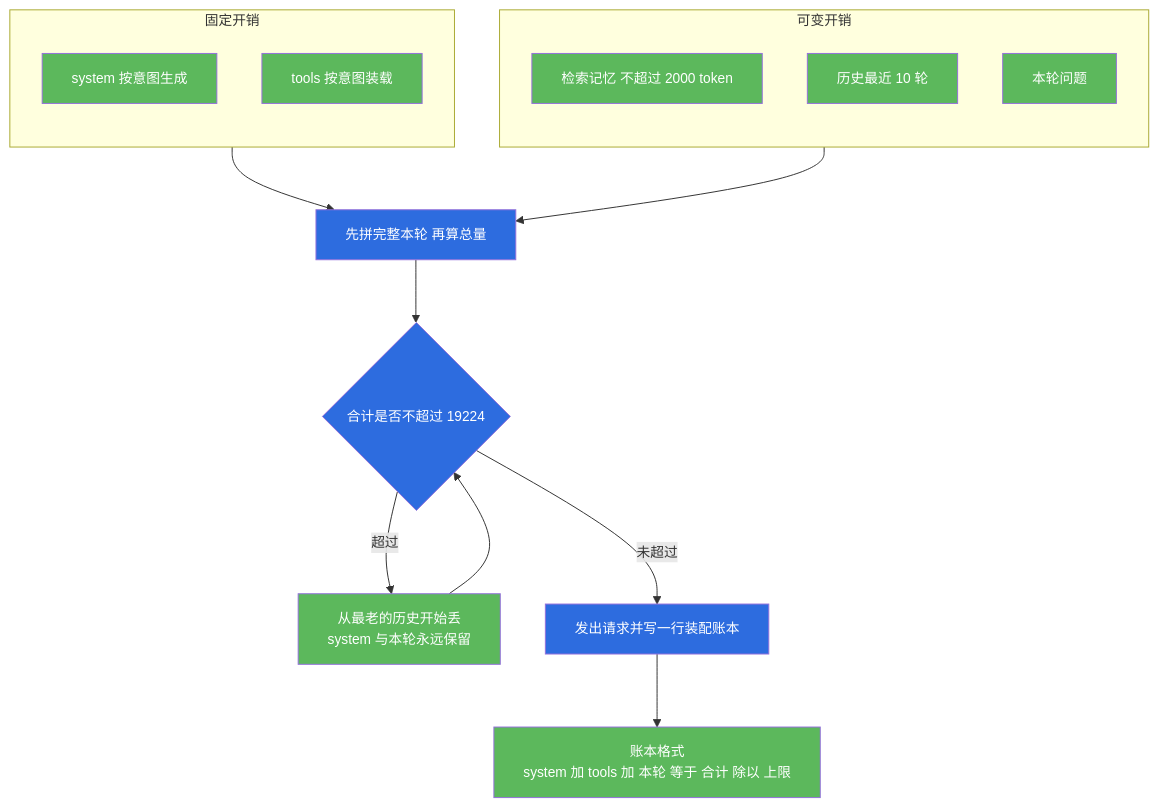
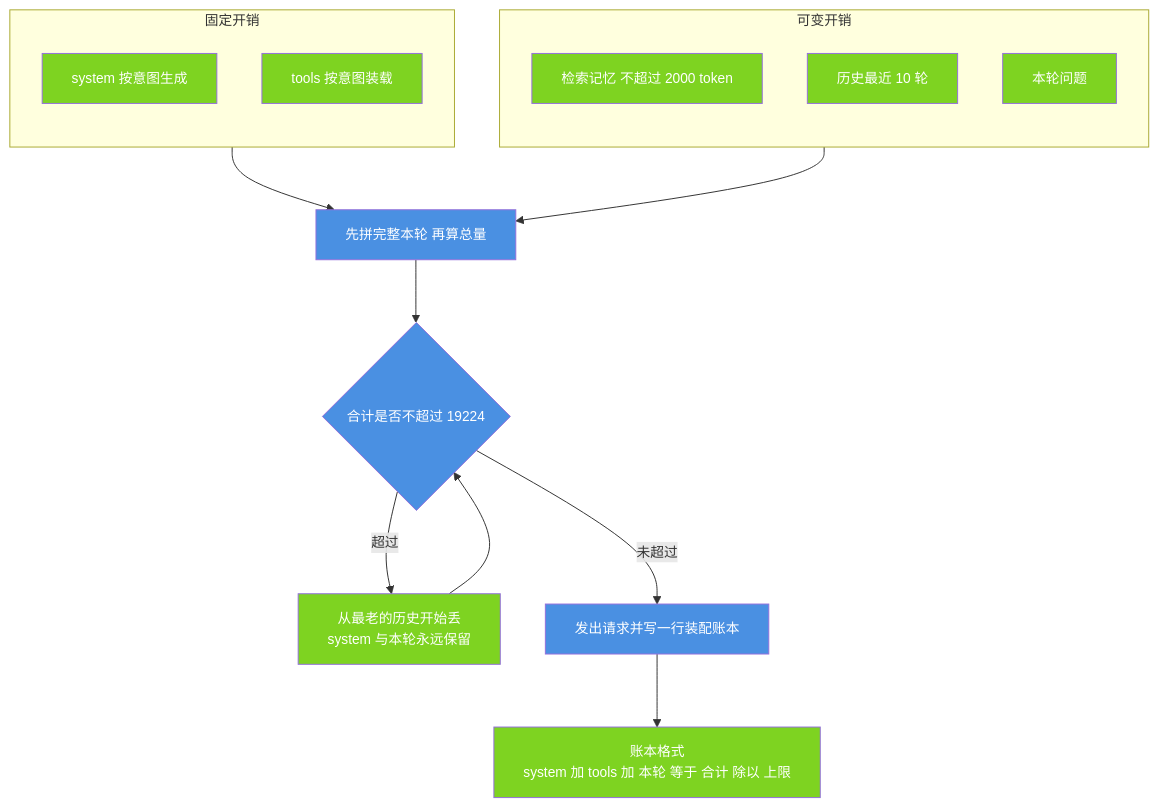
The second of 8 diagrams in docs/modules/02-six-infinity.md (jiangchuangege/xiaojiao-harnees), drawn with Mermaid before and after one commit. The commit also changed other lines of this file and 32 other files, not shown here.

Commit message:
统一：全仓原理图配色到一套调色板 + 给 12 张灰图补色 + 修正自己会睡那张过期图

````diff
--- a/docs/modules/02-six-infinity.md
+++ b/docs/modules/02-six-infinity.md
@@ -173,32 +173,32 @@
 ```mermaid
 %%{init: {"themeVariables": {"fontSize": "14px"}, "flowchart": {"htmlLabels": true, "wrappingWidth": 340, "nodeSpacing": 46, "rankSpacing": 64, "useMaxWidth": true}}}%%
 flowchart TB
     subgraph FIX["固定开销"]
         direction TB
         F1["system 按意图生成"]
         F2["tools 按意图装载"]
     end
     subgraph VAR["可变开销"]
         direction TB
         V1["检索记忆 不超过 2000 token"]
         V2["历史最近 10 轮"]
         V3["本轮问题"]
     end
     FIX --> SUM["先拼完整本轮 再算总量"]
     VAR --> SUM
     SUM --> CK{"合计是否不超过 19224"}
     CK -->|超过| CUT["从最老的历史开始丢<br/>system 与本轮永远保留"]
     CUT --> CK
     CK -->|未超过| SEND["发出请求并写一行装配账本"]
     SEND --> NOTE["账本格式<br/>system 加 tools 加 本轮 等于 合计 除以 上限"]
-    style SUM fill:#2d6cdf,color:#fff
-    style CK fill:#2d6cdf,color:#fff
-    style SEND fill:#2d6cdf,color:#fff
-    style F1 fill:#5cb85c,color:#fff
-    style F2 fill:#5cb85c,color:#fff
-    style V1 fill:#5cb85c,color:#fff
-    style V2 fill:#5cb85c,color:#fff
-    style V3 fill:#5cb85c,color:#fff
-    style CUT fill:#5cb85c,color:#fff
-    style NOTE fill:#5cb85c,color:#fff
+    style SUM fill:#4A90E2,color:#fff
+    style CK fill:#4A90E2,color:#fff
+    style SEND fill:#4A90E2,color:#fff
+    style F1 fill:#7ED321,color:#fff
+    style F2 fill:#7ED321,color:#fff
+    style V1 fill:#7ED321,color:#fff
+    style V2 fill:#7ED321,color:#fff
+    style V3 fill:#7ED321,color:#fff
+    style CUT fill:#7ED321,color:#fff
+    style NOTE fill:#7ED321,color:#fff
 ```
````
